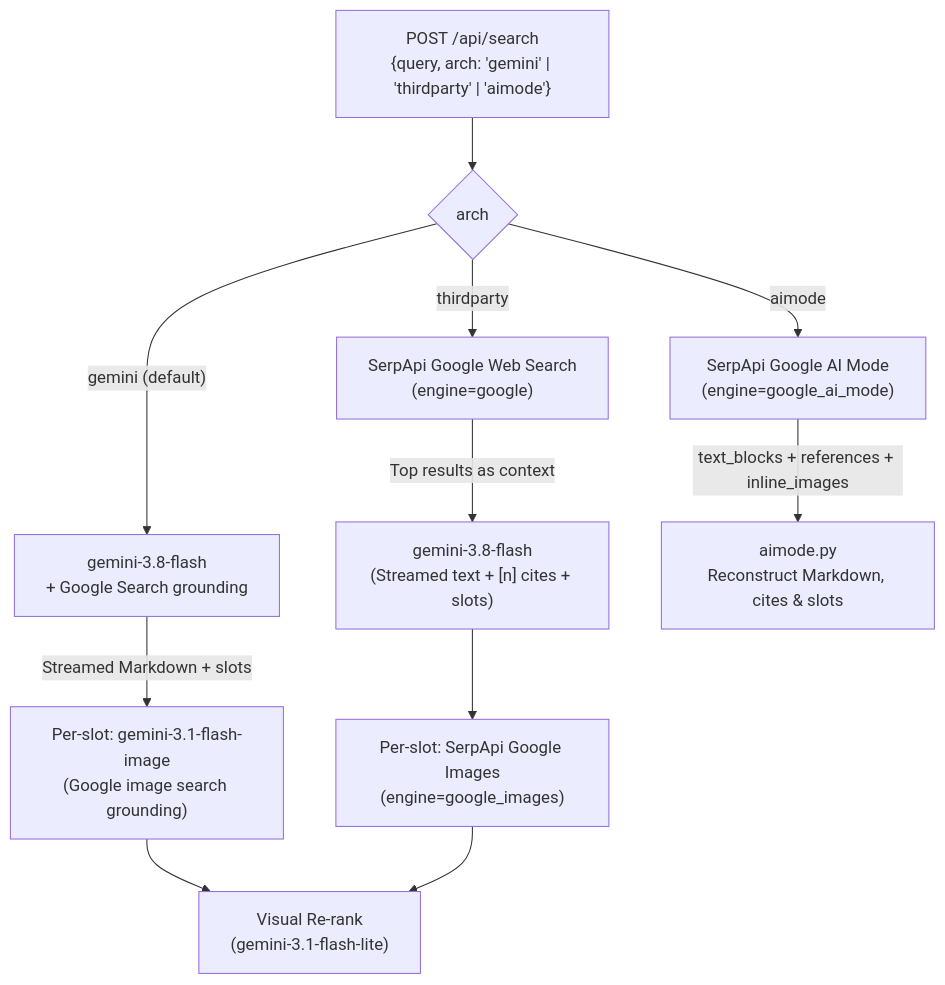
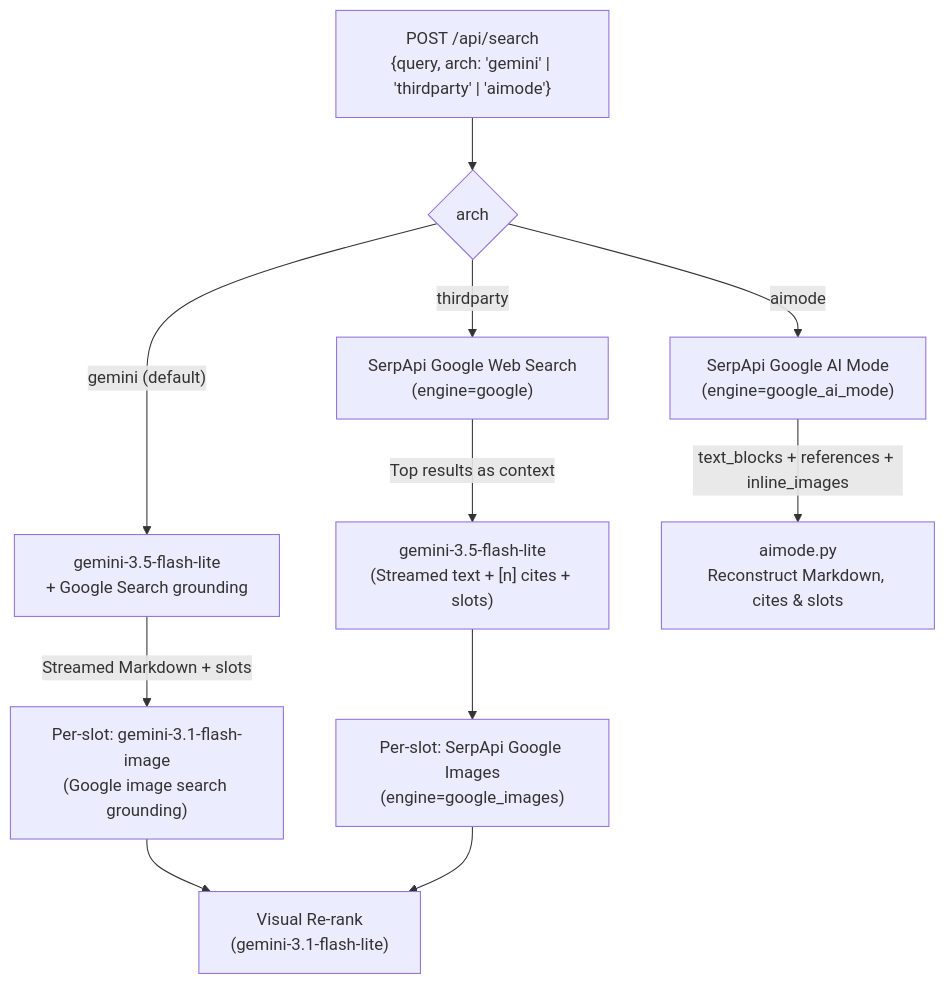
The second of 7 diagrams in docs/architecture.md (goriri/ai-websearch), drawn with Mermaid before and after one commit. The commit also changed other lines of this file and 10 other files, not shown here.

First line of the commit message:
Default answer model: gemini-3.5-flash-lite; re-record 4-panel compare

````diff
--- a/docs/architecture.md
+++ b/docs/architecture.md
@@ -97,16 +97,16 @@
 ```mermaid
 flowchart TD
   Req["POST /api/search<br/>{query, arch: 'gemini' | 'thirdparty' | 'aimode'}"] --> Choice{arch}
 
-  Choice -- "gemini (default)" --> A1["gemini-3.8-flash<br/>+ Google Search grounding"]
+  Choice -- "gemini (default)" --> A1["gemini-3.5-flash-lite<br/>+ Google Search grounding"]
   A1 -- "Streamed Markdown + slots" --> A2["Per-slot: gemini-3.1-flash-image<br/>(Google image search grounding)"]
   A2 --> V["Visual Re-rank<br/>(gemini-3.1-flash-lite)"]
 
   Choice -- "thirdparty" --> B1["SerpApi Google Web Search<br/>(engine=google)"]
-  B1 -- "Top results as context" --> B2["gemini-3.8-flash<br/>(Streamed text + [n] cites + slots)"]
+  B1 -- "Top results as context" --> B2["gemini-3.5-flash-lite<br/>(Streamed text + [n] cites + slots)"]
   B2 --> B3["Per-slot: SerpApi Google Images<br/>(engine=google_images)"]
   B3 --> V
 
   Choice -- "aimode" --> C1["SerpApi Google AI Mode<br/>(engine=google_ai_mode)"]
   C1 -- "text_blocks + references + inline_images" --> C2["aimode.py<br/>Reconstruct Markdown, cites & slots"]
 ```
````
